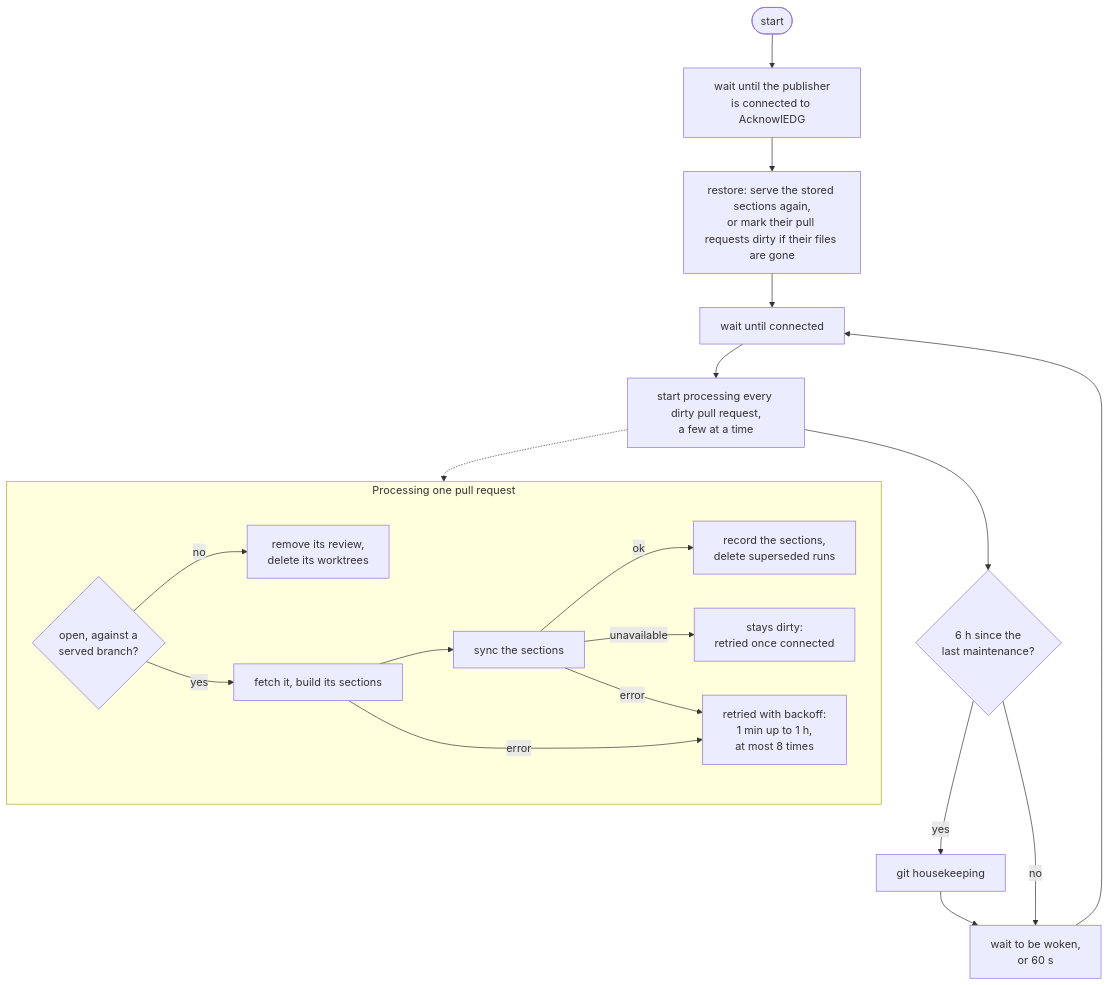
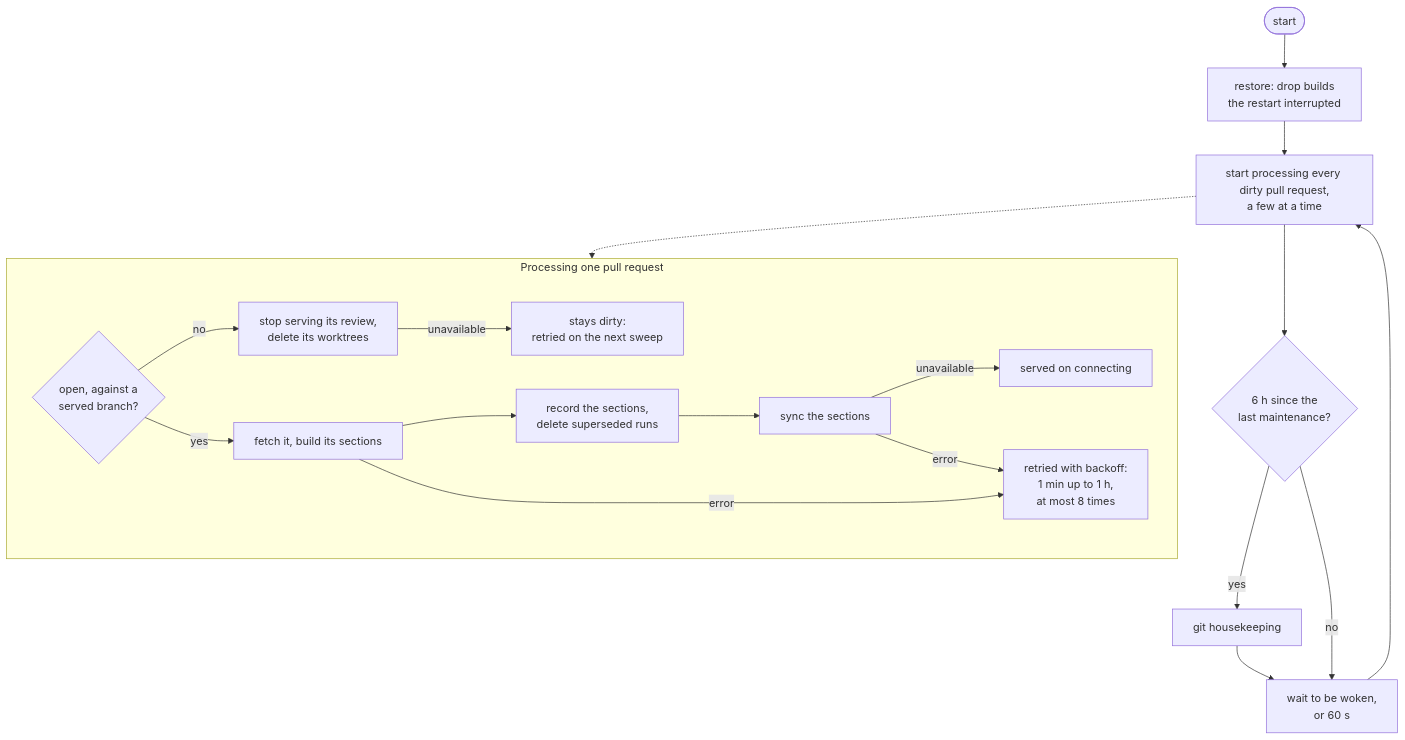
One commit to edgcpp/compiler changed the second of 7 diagrams in dev_tools/services/acknowledg-forge/SANDBOXING.md. Above: the diagram before and after it, drawn with Mermaid. The commit also changed other lines of this file and 52 other files, not shown here.

````diff
--- a/dev_tools/services/acknowledg-forge/SANDBOXING.md
+++ b/dev_tools/services/acknowledg-forge/SANDBOXING.md
@@ -228,23 +241,22 @@
 ```mermaid
 flowchart TB
-  start([start]) --> connected1[wait until the publisher<br/>is connected to AcknowlEDG]
-  connected1 --> restore[restore: serve the stored sections again,<br/>or mark their pull requests dirty if their files are gone]
-  restore --> connected2[wait until connected]
-  connected2 --> due[start processing every dirty pull request,<br/>a few at a time]
+  start([start]) --> restore[restore: drop builds<br/>the restart interrupted]
+  restore --> due[start processing every dirty pull request,<br/>a few at a time]
   due --> maintain{6 h since the<br/>last maintenance?}
   maintain -->|yes| gc[git housekeeping] --> sleep
   maintain -->|no| sleep[wait to be woken,<br/>or 60 s]
-  sleep --> connected2
+  sleep --> due
 
   due -.-> process
   subgraph process [Processing one pull request]
     open{open, against a<br/>served branch?}
-    open -->|no| teardown[remove its review,<br/>delete its worktrees]
+    open -->|no| teardown[stop serving its review,<br/>delete its worktrees]
+    teardown -->|unavailable| defer[stays dirty:<br/>retried on the next sweep]
     open -->|yes| fetchbuild[fetch it, build its sections]
-    fetchbuild --> sync[sync the sections]
-    sync -->|ok| record[record the sections,<br/>delete superseded runs]
-    sync -->|unavailable| defer[stays dirty:<br/>retried once connected]
+    fetchbuild --> record[record the sections,<br/>delete superseded runs]
+    record --> sync[sync the sections]
+    sync -->|unavailable| later[served on connecting]
     fetchbuild -->|error| retry[retried with backoff:<br/>1 min up to 1 h,<br/>at most 8 times]
     sync -->|error| retry
   end
 ```
````
